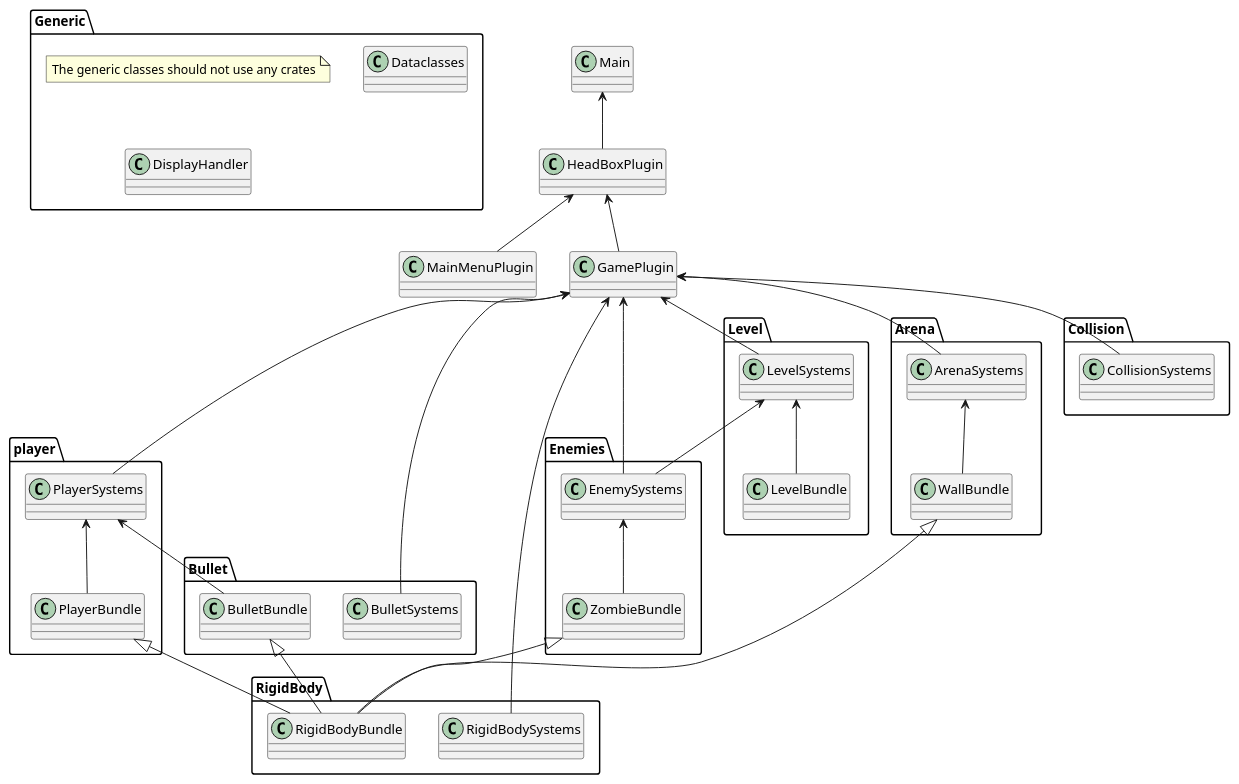
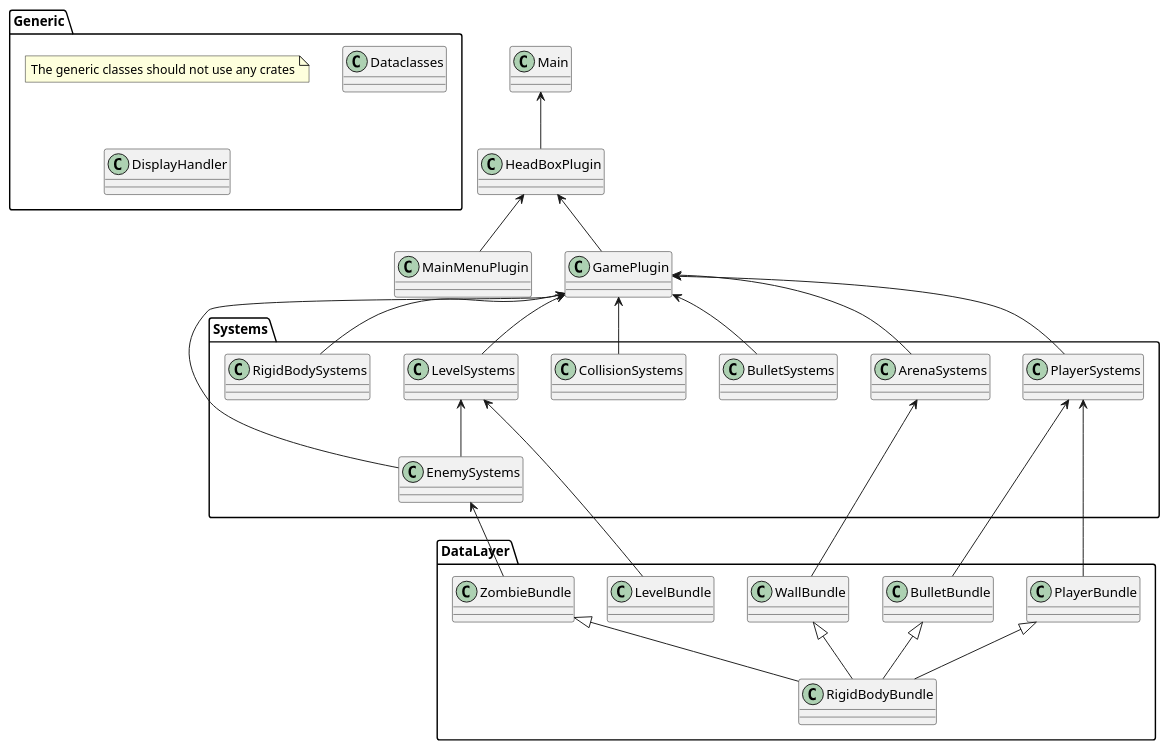
One commit to LuukHenk/head_box changed the diagram in docs/class_layout.puml. Above: the diagram before and after it, drawn with PlantUML. The commit also changed 27 other files, not shown here.

```diff
--- a/docs/class_layout.puml
+++ b/docs/class_layout.puml
@@ -1,72 +1,59 @@
 @startuml
 class Main
 class HeadBoxPlugin
 class MainMenuPlugin
 class GamePlugin
 
 
 package Generic {
     note "The generic classes should not use any crates" as N1
     class Dataclasses
     class DisplayHandler
 }
 
-package player {
+package Systems {
     class PlayerSystems
-    class PlayerBundle
+    class BulletSystems
+    class EnemySystems
+    class CollisionSystems
+    class LevelSystems
+    class RigidBodySystems
+    class ArenaSystems
 }
 
-package Bullet {
+package DataLayer {
+    class PlayerBundle
     class BulletBundle
-    class BulletSystems
+    class ZombieBundle
+    class WallBundle
+    class LevelBundle
+    class RigidBodyBundle
+
 }
-
-package Enemies {
-    class EnemySystems
-    class ZombieBundle
-}
-package Collision {
-    class CollisionSystems
-}
-package Arena{
-    class WallBundle
-    class ArenaSystems
-}
-package Level{
-    class LevelBundle
-    class LevelSystems
-}
-package RigidBody {
-    class RigidBodyBundle
-    class RigidBodySystems
-}
-
 Main <-- HeadBoxPlugin
 
 HeadBoxPlugin <-- MainMenuPlugin
 HeadBoxPlugin <-- GamePlugin
 
 GamePlugin <-- PlayerSystems
+GamePlugin <-- BulletSystems
+GamePlugin <-- EnemySystems
+GamePlugin <-- CollisionSystems
+GamePlugin <-- LevelSystems
+GamePlugin <-- RigidBodySystems
+GamePlugin <-- ArenaSystems
+
 PlayerSystems <-- PlayerBundle
-
-GamePlugin <-- BulletSystems
 PlayerSystems <-- BulletBundle
-
-GamePlugin <-- EnemySystems
 EnemySystems <-- ZombieBundle
-
-GamePlugin <-- CollisionSystems
-
-GamePlugin <-- ArenaSystems
 ArenaSystems <-- WallBundle
-
-GamePlugin <-- LevelSystems
 LevelSystems <-- LevelBundle
 LevelSystems <-- EnemySystems
 
-GamePlugin <-- RigidBodySystems
+
 WallBundle <|-- RigidBodyBundle
 ZombieBundle <|-- RigidBodyBundle
 BulletBundle <|-- RigidBodyBundle
 PlayerBundle <|-- RigidBodyBundle
+
 @enduml
```
